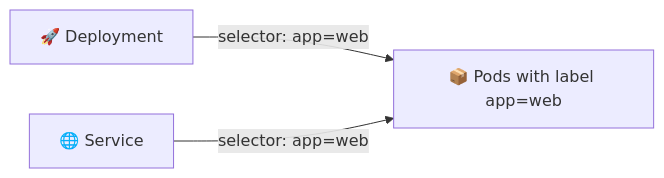
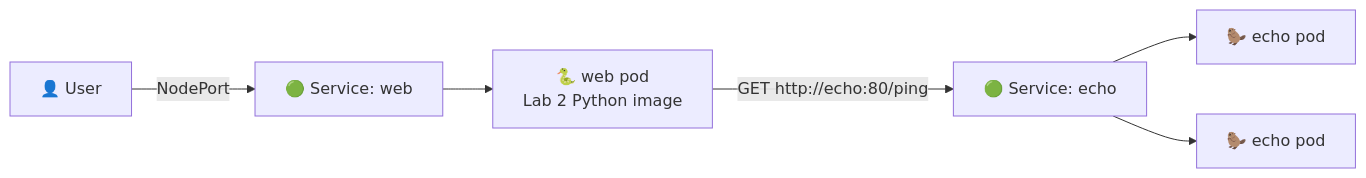
The fourth of 5 diagrams in lectures/lec9.md (inno-devops-labs/DevOps-Core-Course), drawn with Mermaid before and after one commit. The commit also changed other lines of this file and 24 other files, not shown here.

````diff
--- a/lectures/lec9.md
+++ b/lectures/lec9.md
@@ -346,5 +233,8 @@
 ```mermaid
 flowchart LR
-  Deployment[🚀 Deployment] -->|selector: app=web| Pods[📦 Pods with label app=web]
-  Service[🌐 Service] -->|selector: app=web| Pods
+  User[👤 User] -->|NodePort| WebSvc[🟢 Service: web]
+  WebSvc --> WebPod[🐍 web pod<br/>Lab 2 Python image]
+  WebPod -->|GET http://echo:80/ping| EchoSvc[🟢 Service: echo]
+  EchoSvc --> EchoPod1[🦫 echo pod]
+  EchoSvc --> EchoPod2[🦫 echo pod]
 ```
````
